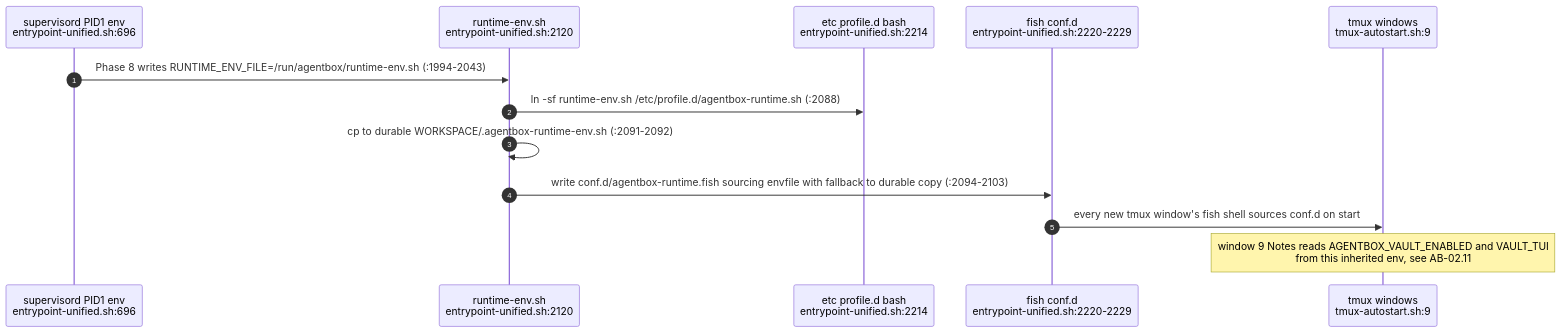
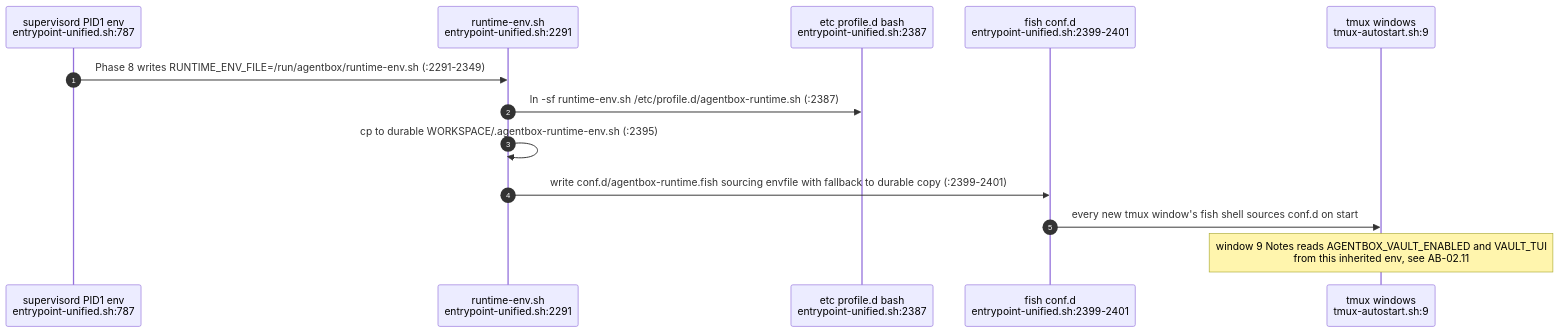
One commit to DreamLab-AI/VisionFlow changed diagram 15 of 21 in docs/diagrams/agentbox/02-boot-sequence-and-readiness.md. Above: the diagram before and after it, drawn with Mermaid. The commit also changed other lines of this file and 52 other files, not shown here.

First line of the commit message:
docs(diagrams): wave 3 checkpoint — bare line refs resolved, revision-pinned cite-check, VC-05/AB-01..13 re-attested

````diff
--- a/docs/diagrams/agentbox/02-boot-sequence-and-readiness.md
+++ b/docs/diagrams/agentbox/02-boot-sequence-and-readiness.md
@@ -507,16 +508,16 @@
 ```mermaid
 sequenceDiagram
     autonumber
-    participant PID1 as supervisord PID1 env<br/>entrypoint-unified.sh:696
-    participant RT as runtime-env.sh<br/>entrypoint-unified.sh:2120
-    participant BASH as etc profile.d bash<br/>entrypoint-unified.sh:2214
-    participant FISH as fish conf.d<br/>entrypoint-unified.sh:2220-2229
+    participant PID1 as supervisord PID1 env<br/>entrypoint-unified.sh:787
+    participant RT as runtime-env.sh<br/>entrypoint-unified.sh:2291
+    participant BASH as etc profile.d bash<br/>entrypoint-unified.sh:2387
+    participant FISH as fish conf.d<br/>entrypoint-unified.sh:2399-2401
     participant TMUX as tmux windows<br/>tmux-autostart.sh:9
 
-    PID1->>RT: Phase 8 writes RUNTIME_ENV_FILE=/run/agentbox/runtime-env.sh (:1994-2043)
-    RT->>BASH: ln -sf runtime-env.sh /etc/profile.d/agentbox-runtime.sh (:2088)
-    RT->>RT: cp to durable WORKSPACE/.agentbox-runtime-env.sh (:2091-2092)
-    RT->>FISH: write conf.d/agentbox-runtime.fish sourcing envfile with fallback to durable copy (:2094-2103)
+    PID1->>RT: Phase 8 writes RUNTIME_ENV_FILE=/run/agentbox/runtime-env.sh (:2291-2349)
+    RT->>BASH: ln -sf runtime-env.sh /etc/profile.d/agentbox-runtime.sh (:2387)
+    RT->>RT: cp to durable WORKSPACE/.agentbox-runtime-env.sh (:2395)
+    RT->>FISH: write conf.d/agentbox-runtime.fish sourcing envfile with fallback to durable copy (:2399-2401)
     FISH->>TMUX: every new tmux window's fish shell sources conf.d on start
     Note over TMUX: window 9 Notes reads AGENTBOX_VAULT_ENABLED and VAULT_TUI<br/>from this inherited env, see AB-02.11
 ```
````
